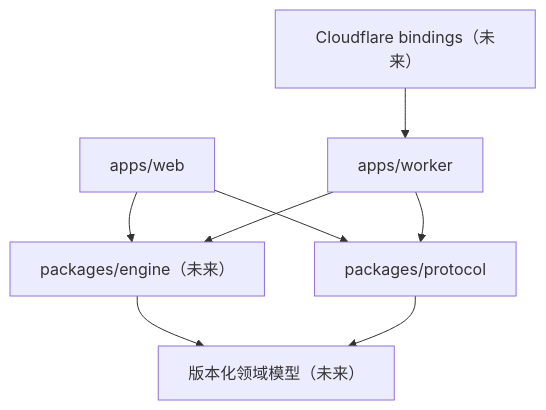
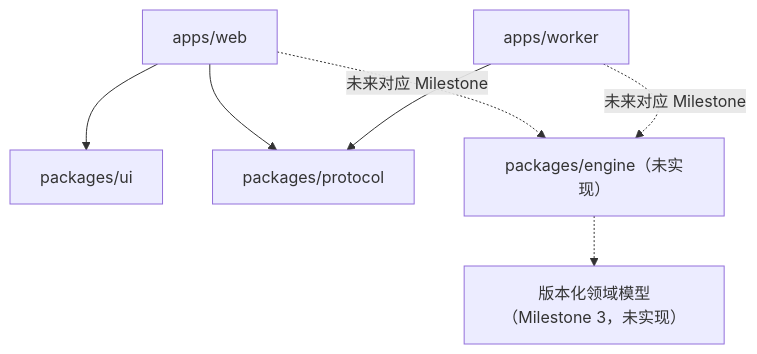
One commit to kasperyhr/axiom-garden changed the second of 2 diagrams in docs/ARCHITECTURE.md. Above: the diagram before and after it, drawn with Mermaid. The commit also changed other lines of this file and 59 other files, not shown here.

````diff
--- a/docs/ARCHITECTURE.md
+++ b/docs/ARCHITECTURE.md
@@ -42,10 +50,9 @@
 ```mermaid
 flowchart TD
-  Web["apps/web"] --> Protocol["packages/protocol"]
+  Web["apps/web"] --> UI["packages/ui"]
+  Web --> Protocol["packages/protocol"]
   Worker["apps/worker"] --> Protocol
-  Web --> Engine["packages/engine（未来）"]
-  Worker --> Engine
-  Engine --> Domain["版本化领域模型（未来）"]
-  Protocol --> Domain
-  Cloudflare["Cloudflare bindings（未来）"] --> Worker
+  Web -. "未来对应 Milestone" .-> Engine["packages/engine（未实现）"]
+  Worker -. "未来对应 Milestone" .-> Engine
+  Engine -.-> Domain["版本化领域模型（Milestone 3，未实现）"]
 ```
````
